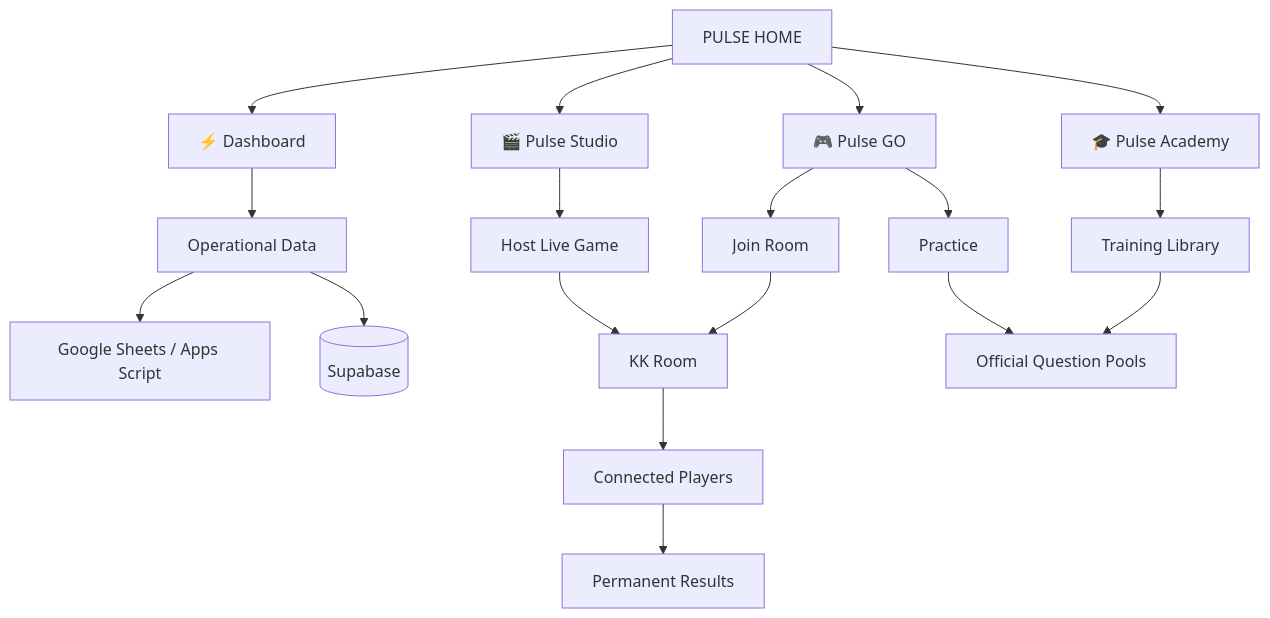
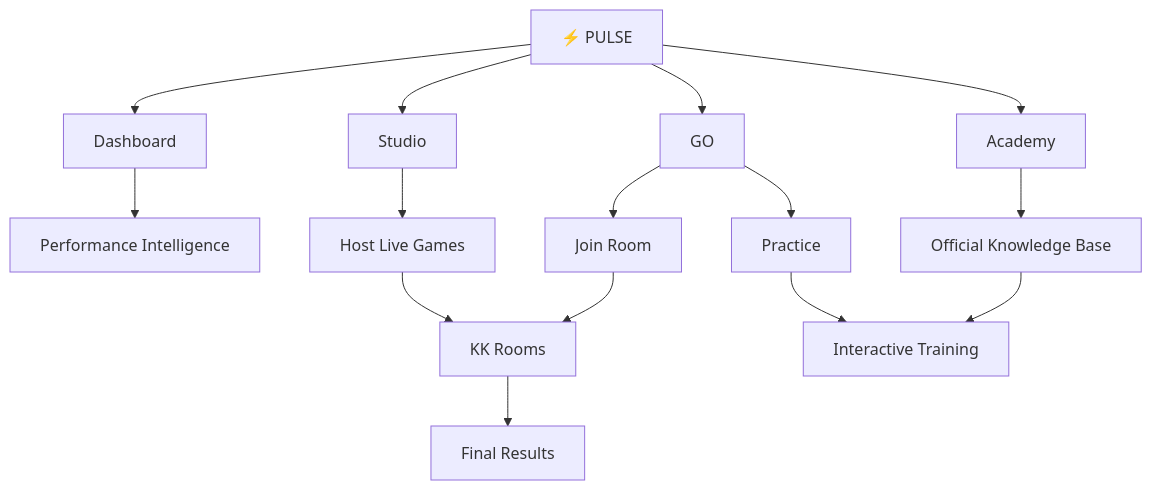
The diagram in README.md (Moonky1/pulse-dashboard), drawn with Mermaid before and after one commit. The commit also changed other lines of this file, not shown here.

````diff
--- a/README.md
+++ b/README.md
@@ -226,26 +31,23 @@
 ```mermaid
 flowchart TD
-    HOME["PULSE HOME"]
+    HOME["⚡ PULSE"]
 
-    HOME --> DASHBOARD["⚡ Dashboard"]
-    HOME --> GO["🎮 Pulse GO"]
-    HOME --> STUDIO["🎬 Pulse Studio"]
-    HOME --> ACADEMY["🎓 Pulse Academy"]
+    HOME --> DASHBOARD["Dashboard"]
+    HOME --> GO["GO"]
+    HOME --> STUDIO["Studio"]
+    HOME --> ACADEMY["Academy"]
 
-    DASHBOARD --> DATA["Operational Data"]
-    DATA --> SHEETS["Google Sheets / Apps Script"]
-    DATA --> SUPABASE[("Supabase")]
+    DASHBOARD --> PERFORMANCE["Performance Intelligence"]
 
-    STUDIO --> HOST["Host Live Game"]
-    HOST --> ROOM["KK Room"]
-    ROOM --> PLAYERS["Connected Players"]
-    PLAYERS --> RESULTS["Permanent Results"]
+    STUDIO --> HOST["Host Live Games"]
+    HOST --> ROOMS["KK Rooms"]
+    ROOMS --> RESULTS["Final Results"]
 
     GO --> PRACTICE["Practice"]
     GO --> JOIN["Join Room"]
-    PRACTICE --> QUESTIONS["Official Question Pools"]
-    JOIN --> ROOM
+    PRACTICE --> TRAINING["Interactive Training"]
+    JOIN --> ROOMS
 
-    ACADEMY --> TRAINING["Training Library"]
-    TRAINING --> QUESTIONS
+    ACADEMY --> KNOWLEDGE["Official Knowledge Base"]
+    KNOWLEDGE --> TRAINING
 ```
````
